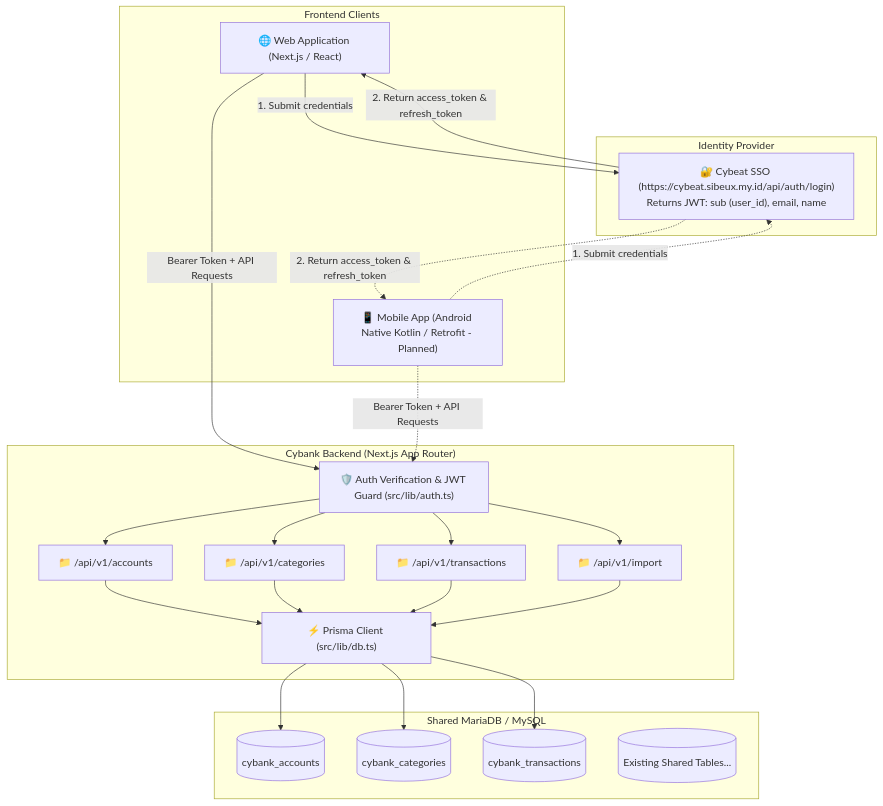
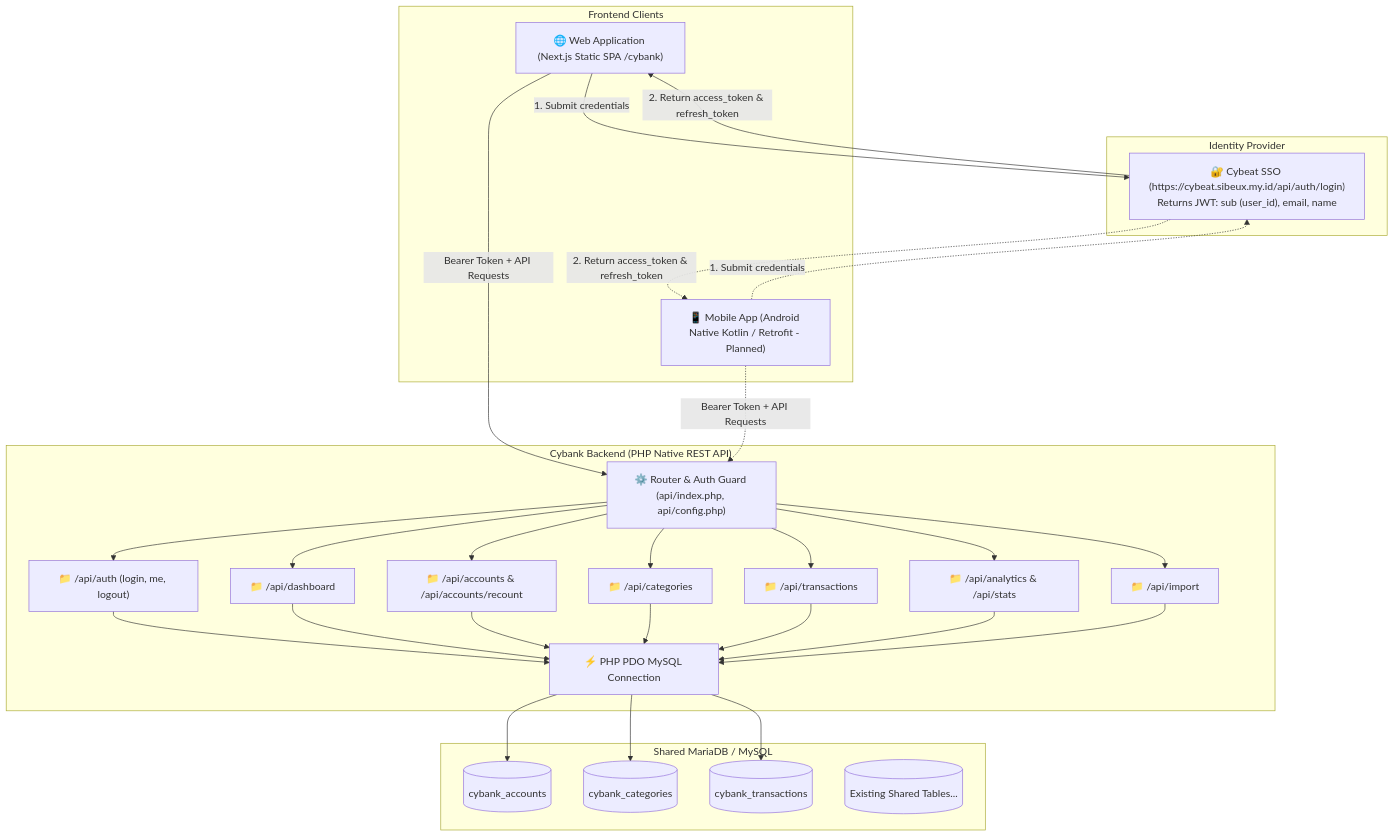
The diagram in README.md (sibeux/cybank-web), drawn with Mermaid before and after one commit. The commit also changed other lines of this file, not shown here.

First line of the commit message:
docs(readme): update architecture and usage to Next.js 16 and PHP API backend

````diff
--- a/README.md
+++ b/README.md
@@ -23,39 +24,42 @@
 ```mermaid
 flowchart TD
     subgraph Clients["Frontend Clients"]
-        WEB["🌐 Web Application (Next.js / React)"]
+        WEB["🌐 Web Application (Next.js Static SPA /cybank)"]
         ANDROID["📱 Mobile App (Android Native Kotlin / Retrofit - Planned)"]
     end
 
     subgraph Auth["Identity Provider"]
         SSO["🔐 Cybeat SSO (https://cybeat.sibeux.my.id/api/auth/login)<br/>Returns JWT: sub (user_id), email, name"]
     end
 
-    subgraph Backend["Cybank Backend (Next.js App Router)"]
-        MIDDLEWARE["🛡️ Auth Verification & JWT Guard (src/lib/auth.ts)"]
-        API_ACCOUNTS["📁 /api/v1/accounts"]
-        API_CATEGORIES["📁 /api/v1/categories"]
-        API_TRANSACTIONS["📁 /api/v1/transactions"]
-        API_IMPORT["📁 /api/v1/import"]
-        PRISMA["⚡ Prisma Client (src/lib/db.ts)"]
+    subgraph Backend["Cybank Backend (PHP Native REST API)"]
+        ROUTER["⚙️ Router & Auth Guard (api/index.php, api/config.php)"]
+        API_AUTH["📁 /api/auth (login, me, logout)"]
+        API_DASHBOARD["📁 /api/dashboard"]
+        API_ACCOUNTS["📁 /api/accounts & /api/accounts/recount"]
+        API_CATEGORIES["📁 /api/categories"]
+        API_TRANSACTIONS["📁 /api/transactions"]
+        API_ANALYTICS["📁 /api/analytics & /api/stats"]
+        API_IMPORT["📁 /api/import"]
+        PDO["⚡ PHP PDO MySQL Connection"]
     end
 
     subgraph Database["Shared MariaDB / MySQL"]
         T_ACC[("cybank_accounts")]
         T_CAT[("cybank_categories")]
         T_TX[("cybank_transactions")]
         OTHER_TABLES[("Existing Shared Tables...")]
     end
 
     WEB -->|1. Submit credentials| SSO
     ANDROID -.->|1. Submit credentials| SSO
     SSO -->|2. Return access_token & refresh_token| WEB
     SSO -.->|2. Return access_token & refresh_token| ANDROID
 
-    WEB -->|Bearer Token + API Requests| MIDDLEWARE
-    ANDROID -.->|Bearer Token + API Requests| MIDDLEWARE
+    WEB -->|Bearer Token + API Requests| ROUTER
+    ANDROID -.->|Bearer Token + API Requests| ROUTER
 
-    MIDDLEWARE --> API_ACCOUNTS & API_CATEGORIES & API_TRANSACTIONS & API_IMPORT
-    API_ACCOUNTS & API_CATEGORIES & API_TRANSACTIONS & API_IMPORT --> PRISMA
-    PRISMA --> T_ACC & T_CAT & T_TX
+    ROUTER --> API_AUTH & API_DASHBOARD & API_ACCOUNTS & API_CATEGORIES & API_TRANSACTIONS & API_ANALYTICS & API_IMPORT
+    API_AUTH & API_DASHBOARD & API_ACCOUNTS & API_CATEGORIES & API_TRANSACTIONS & API_ANALYTICS & API_IMPORT --> PDO
+    PDO --> T_ACC & T_CAT & T_TX
 ```
````
